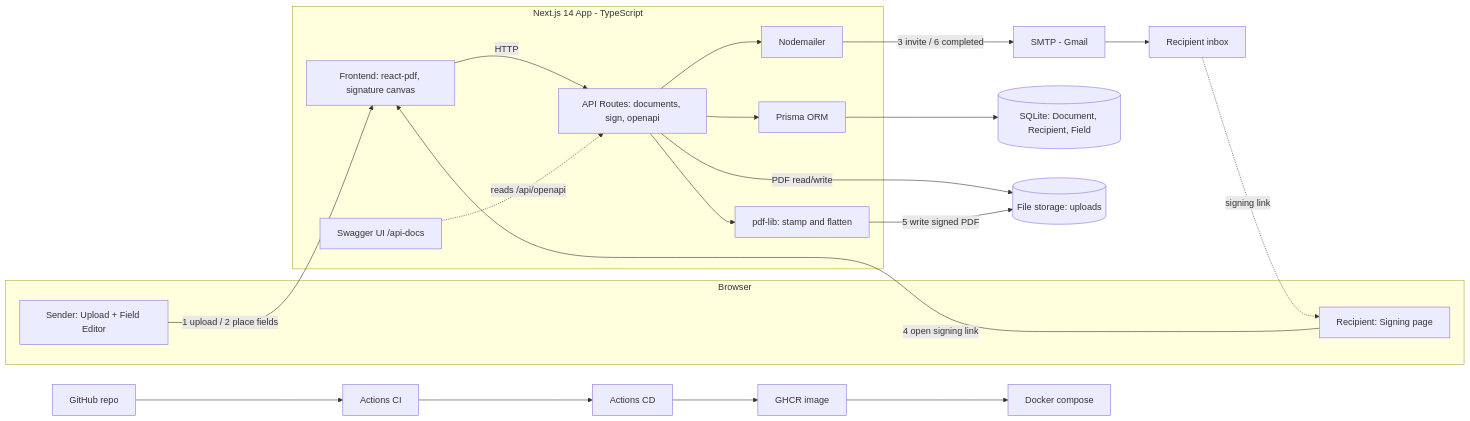
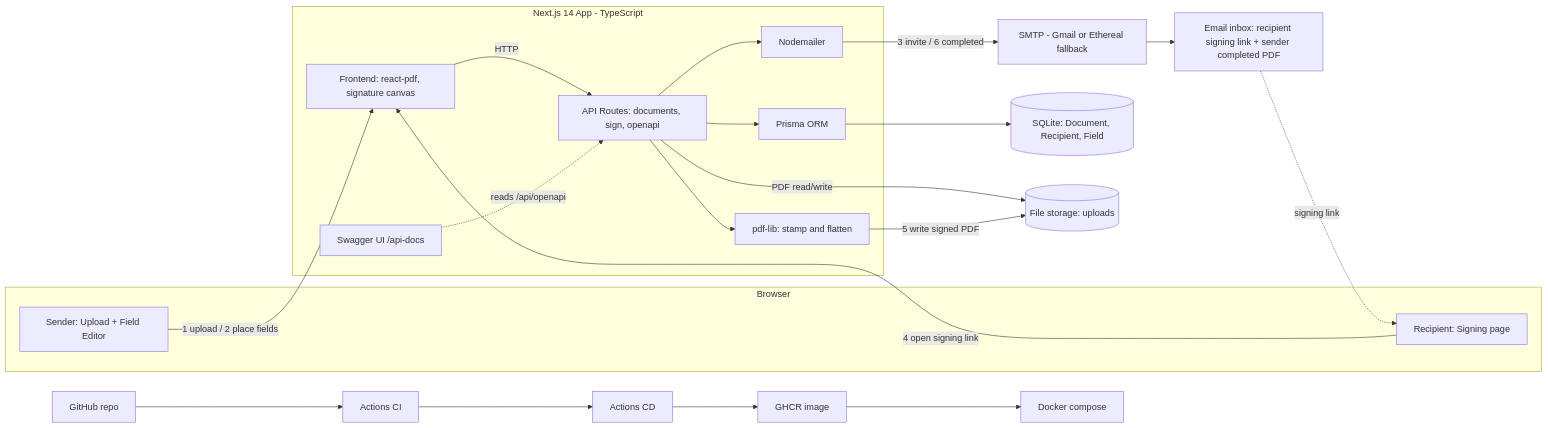
One commit to farahfarchoukh/esign-mvp changed the second of 2 diagrams in README.md. Above: the diagram before and after it, drawn with Mermaid. The commit also changed 1 other file, not shown here.

Commit message:
docs: fix email accuracy — inbox serves recipient + sender; note Ethereal fallback

````diff
--- a/README.md
+++ b/README.md
@@ -30,31 +30,31 @@
 ```mermaid
 flowchart LR
   subgraph Client[Browser]
     S[Sender: Upload + Field Editor]
     R[Recipient: Signing page]
   end
   subgraph App[Next.js 14 App - TypeScript]
     FE[Frontend: react-pdf, signature canvas]
     API[API Routes: documents, sign, openapi]
     STAMP[pdf-lib: stamp and flatten]
     MAIL[Nodemailer]
     PRISMA[Prisma ORM]
     SW[Swagger UI /api-docs]
   end
   DB[(SQLite: Document, Recipient, Field)]
   FILES[(File storage: uploads)]
-  SMTP[SMTP - Gmail]
-  INBOX[Recipient inbox]
+  SMTP[SMTP - Gmail or Ethereal fallback]
+  INBOX[Email inbox: recipient signing link + sender completed PDF]
   GH[GitHub repo] --> CI[Actions CI] --> CD[Actions CD] --> GHCR[GHCR image] --> DOCKER[Docker compose]
   S -->|1 upload / 2 place fields| FE
   R -->|4 open signing link| FE
   FE -->|HTTP| API
   API --> STAMP
   API --> MAIL
   API --> PRISMA --> DB
   API -->|PDF read/write| FILES
   STAMP -->|5 write signed PDF| FILES
   MAIL -->|3 invite / 6 completed| SMTP --> INBOX
   INBOX -.signing link.-> R
   SW -.reads /api/openapi.-> API
 ```
````
